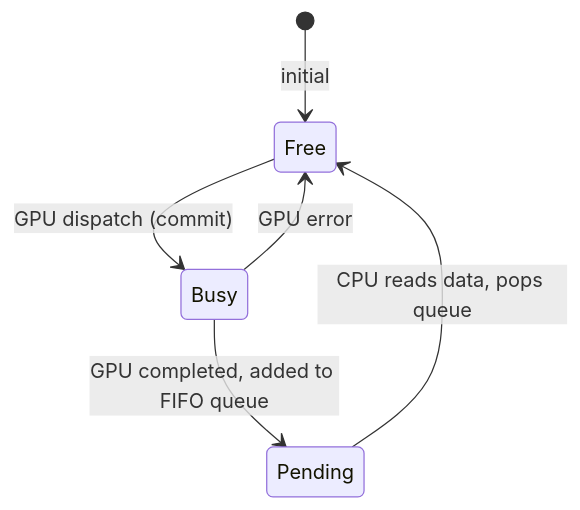
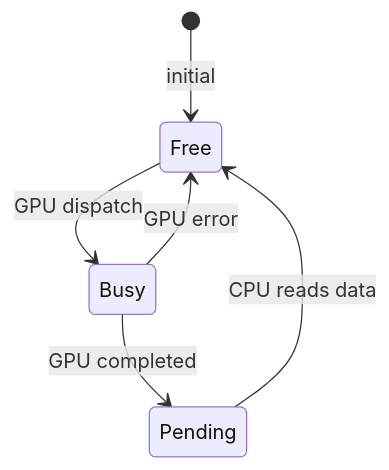
Before and after one commit to jaakkopee/neuronSeqPerform: the second of 4 diagrams in synth_native/FM_SYNTH_DOCS.md, drawn with Mermaid. The commit also changed other lines of this file, not shown here.

Commit message:
Fix Mermaid rendering: remove special chars, simplify labels, fix math in tables

````diff
--- a/synth_native/FM_SYNTH_DOCS.md
+++ b/synth_native/FM_SYNTH_DOCS.md
@@ -297,8 +297,8 @@
 ```mermaid
 stateDiagram-v2
     [*] --> Free : initial
-    Free --> Busy : GPU dispatch (commit)
-    Busy --> Pending : GPU completed, added to FIFO queue
+    Free --> Busy : GPU dispatch
+    Busy --> Pending : GPU completed
     Busy --> Free : GPU error
-    Pending --> Free : CPU reads data, pops queue
+    Pending --> Free : CPU reads data
 ```
````
